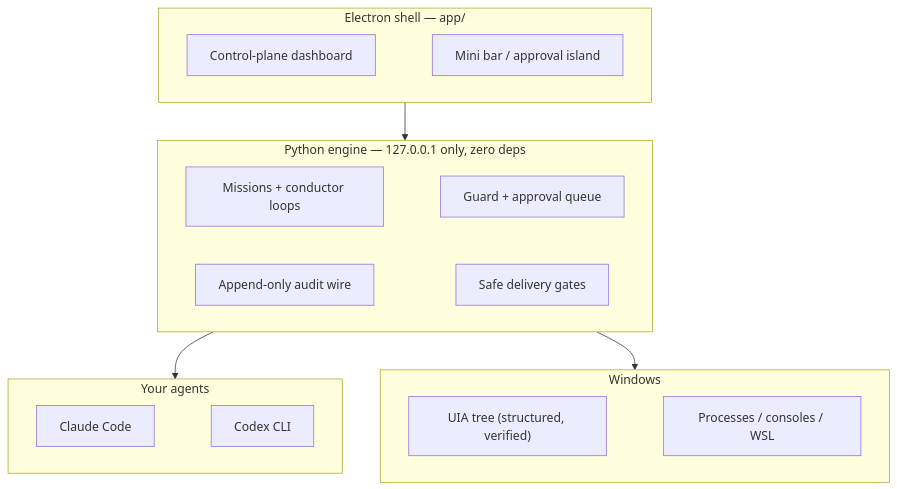
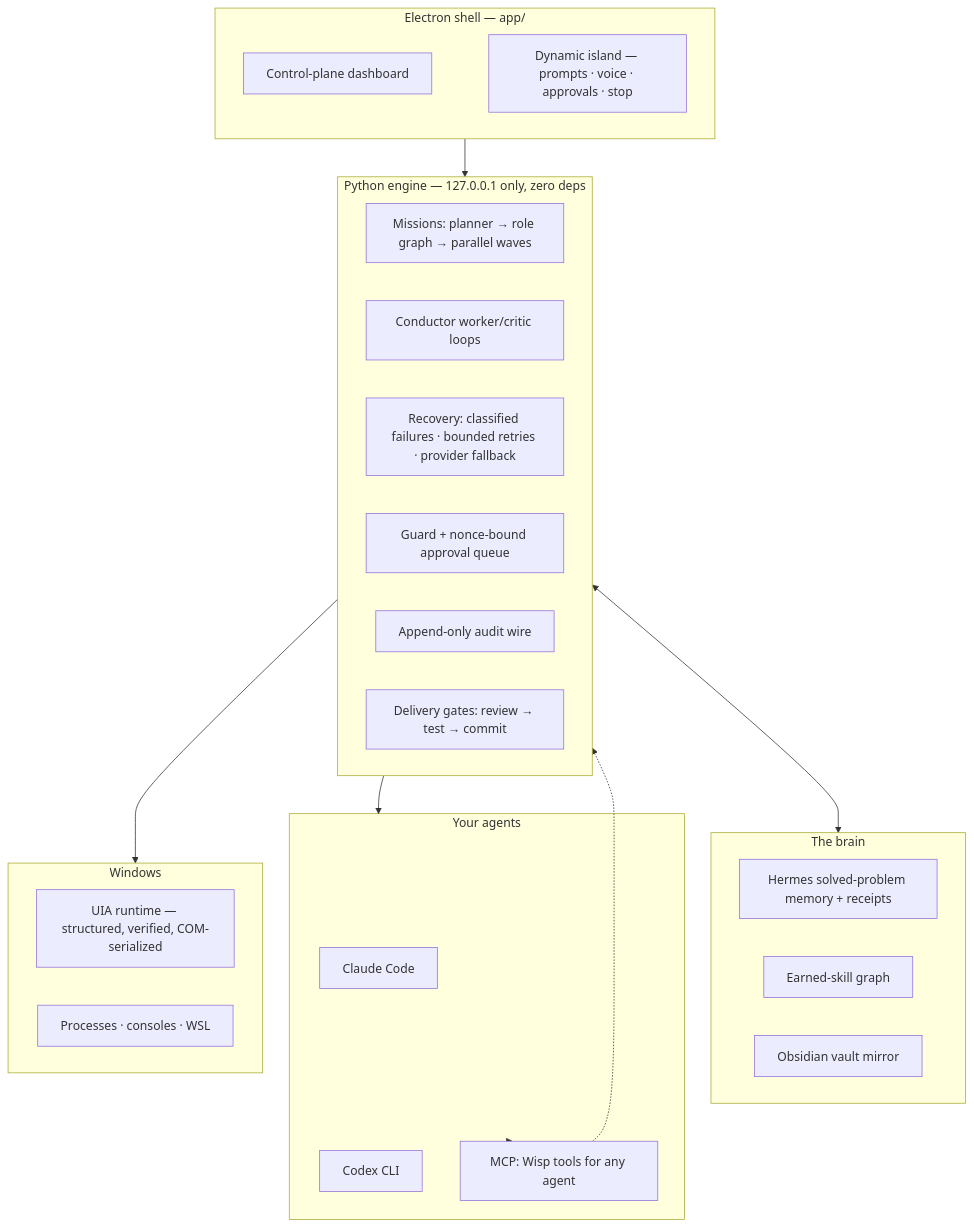
Before and after one commit to mizuharaa/rune_agent_os: the diagram in README.md, drawn with Mermaid. The commit also changed other lines of this file, not shown here.

First line of the commit message:
README: full-system rewrite — island, control plane, brain, UIA, MCP

````diff
--- a/README.md
+++ b/README.md
@@ -93,19 +119,32 @@
 ```mermaid
 flowchart TB
     subgraph shell["Electron shell — app/"]
-        main["Control-plane dashboard"] ~~~ bar["Mini bar / approval island"]
+        dash["Control-plane dashboard"] ~~~ island["Dynamic island — prompts · voice · approvals · stop"]
     end
     subgraph engine["Python engine — 127.0.0.1 only, zero deps"]
-        missions["Missions + conductor loops"] ~~~ guard["Guard + approval queue"]
-        wire["Append-only audit wire"] ~~~ delivery["Safe delivery gates"]
+        missions["Missions: planner → role graph → parallel waves"]
+        loops["Conductor worker/critic loops"]
+        recovery["Recovery: classified failures · bounded retries · provider fallback"]
+        guard["Guard + nonce-bound approval queue"]
+        wire["Append-only audit wire"]
+        delivery["Delivery gates: review → test → commit"]
     end
-    subgraph agents["Your agents"]
+    subgraph brain["The brain"]
+        hermes["Hermes solved-problem memory + receipts"]
+        skills["Earned-skill graph"]
+        vault["Obsidian vault mirror"]
+    end
+    subgraph actors["Your agents"]
         claude["Claude Code"] ~~~ codex["Codex CLI"]
+        mcptools["MCP: Wisp tools for any agent"]
     end
-    subgraph windows["Windows"]
-        uia["UIA tree (structured, verified)"] ~~~ proc["Processes / consoles / WSL"]
+    subgraph win["Windows"]
+        uia["UIA runtime — structured, verified, COM-serialized"]
+        proc["Processes · consoles · WSL"]
     end
     shell --> engine
-    engine --> agents
-    engine --> windows
+    engine <--> brain
+    engine --> actors
+    engine --> win
+    actors -.-> mcptools -.-> engine
 ```
````
